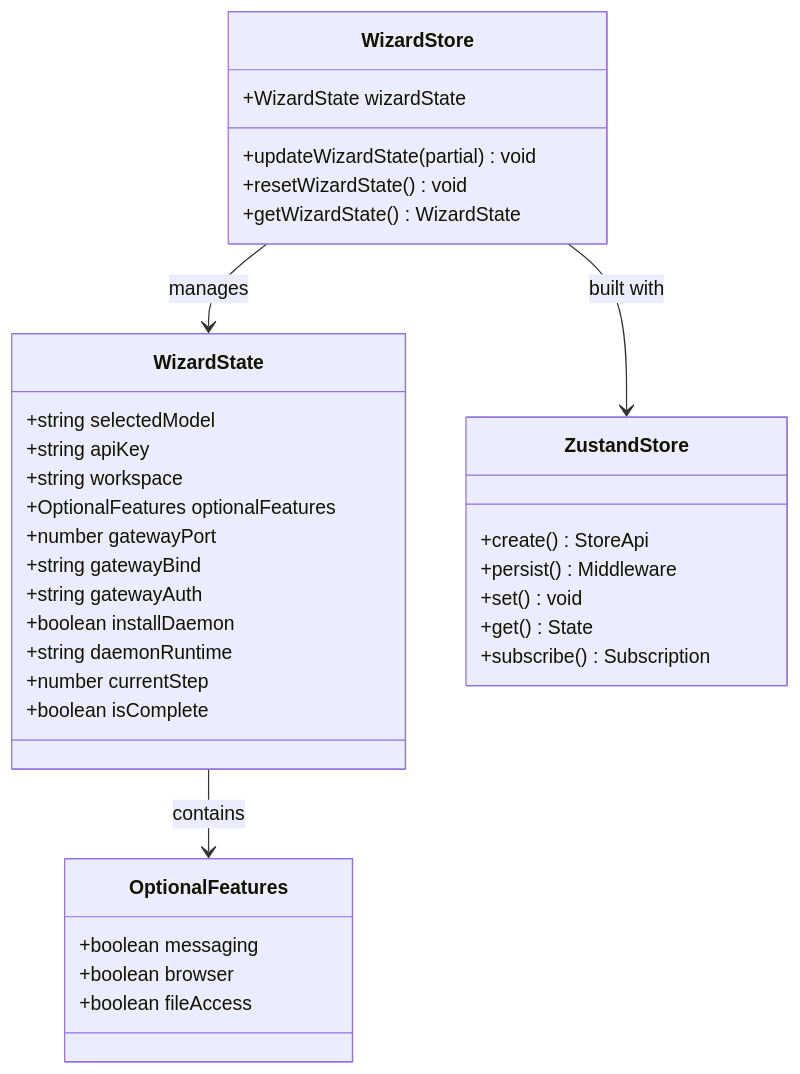
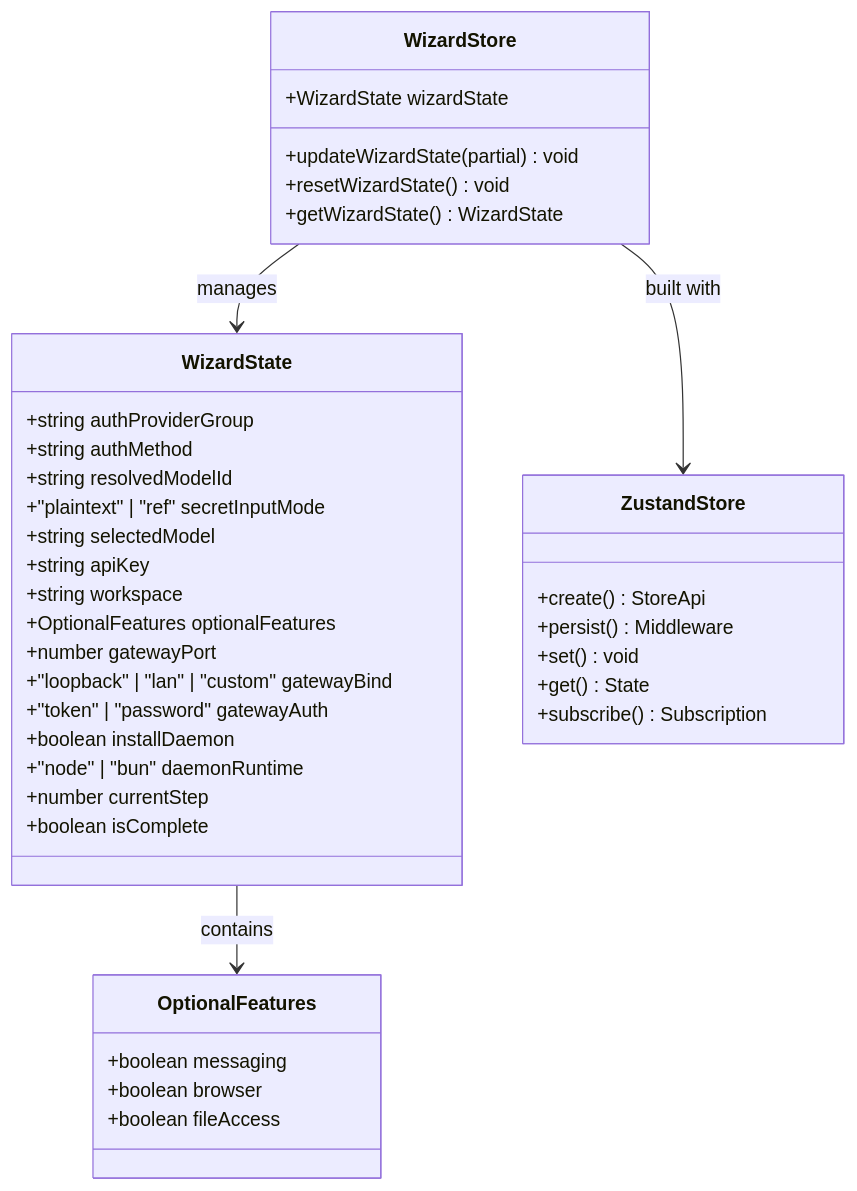
Before and after one commit to verse-ai-org/openclaw: the second of 9 diagrams in .qoder/repowiki/zh/content/设置向导状态管理.md, drawn with Mermaid. The commit also changed other lines of this file and 34 other files, not shown here.

````diff
--- a/.qoder/repowiki/zh/content/设置向导状态管理.md
+++ b/.qoder/repowiki/zh/content/设置向导状态管理.md
@@ -95,37 +97,41 @@
 ```mermaid
 classDiagram
 class WizardState {
++string authProviderGroup
++string authMethod
++string resolvedModelId
++"plaintext" | "ref" secretInputMode
 +string selectedModel
 +string apiKey
 +string workspace
 +OptionalFeatures optionalFeatures
 +number gatewayPort
-+string gatewayBind
-+string gatewayAuth
++"loopback" | "lan" | "custom" gatewayBind
++"token" | "password" gatewayAuth
 +boolean installDaemon
-+string daemonRuntime
++"node" | "bun" daemonRuntime
 +number currentStep
 +boolean isComplete
 }
 class OptionalFeatures {
 +boolean messaging
 +boolean browser
 +boolean fileAccess
 }
 class WizardStore {
 +WizardState wizardState
 +updateWizardState(partial) void
 +resetWizardState() void
 +getWizardState() WizardState
 }
 class ZustandStore {
 +create() StoreApi
 +persist() Middleware
 +set() void
 +get() State
 +subscribe() Subscription
 }
 WizardStore --> WizardState : manages
 WizardStore --> ZustandStore : built with
 WizardState --> OptionalFeatures : contains
 ```
````
